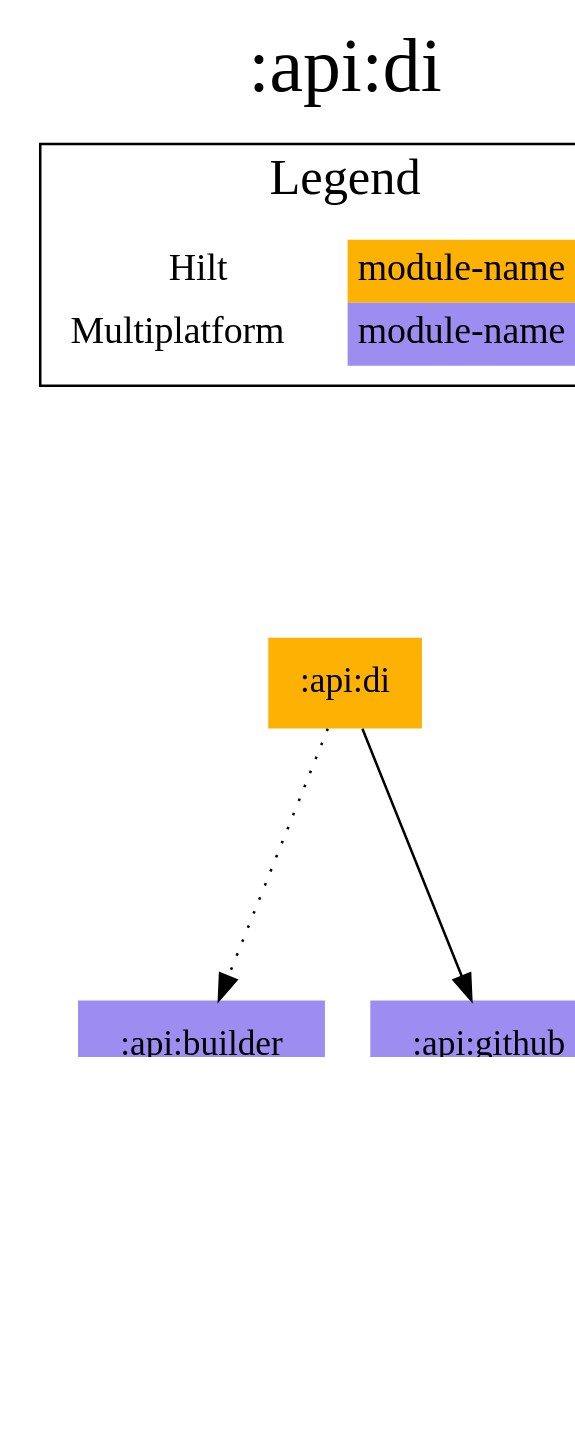
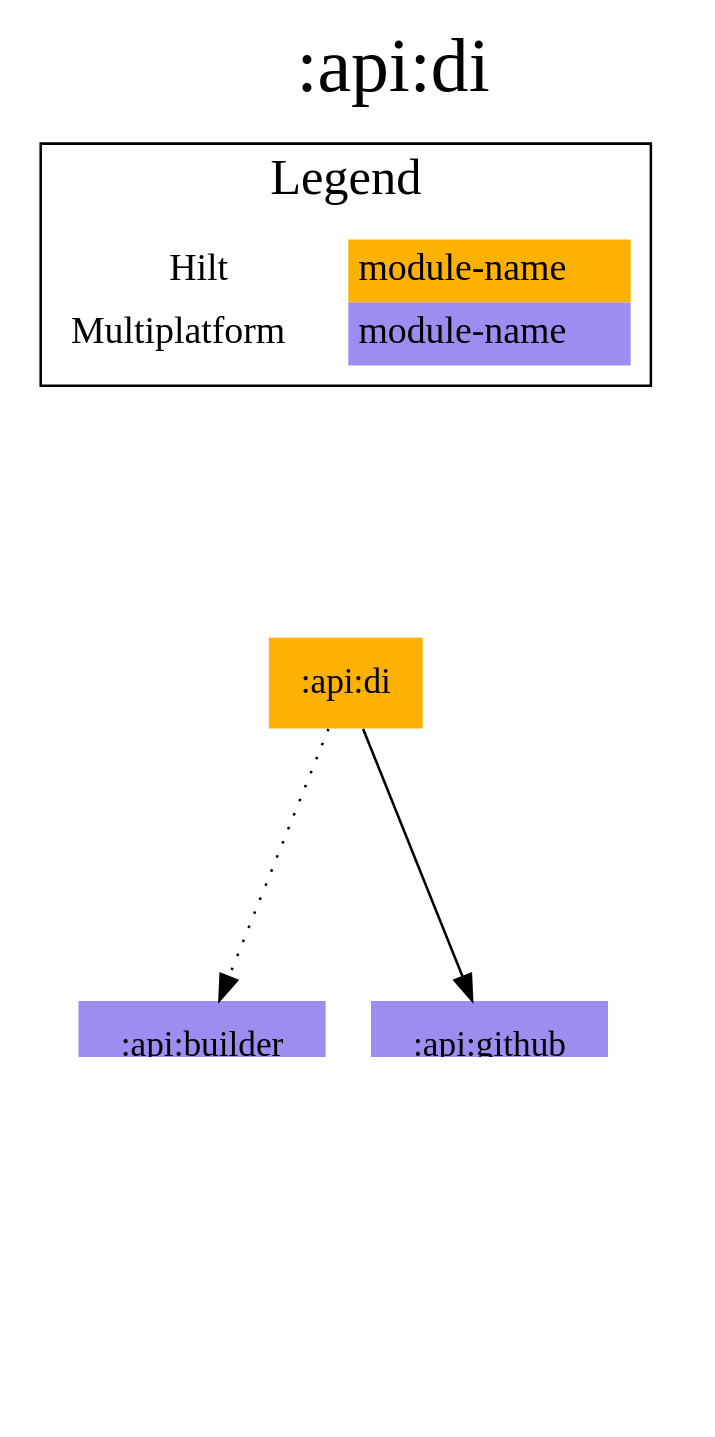
Before and after one commit to jonapoul/aktual: the diagram in modules/api/di/project-dependency-graph.dot, drawn with Graphviz. The commit also changed 56 other files, not shown here.

```diff
--- a/modules/api/di/project-dependency-graph.dot
+++ b/modules/api/di/project-dependency-graph.dot
@@ -1,27 +1,30 @@
 digraph {
 edge ["dir"="forward"]
 graph ["dpi"="100","label"=":api:di","labelloc"="t","fontsize"="30","ranksep"="1.5","rankdir"="TB"]
 node ["style"="filled"]
 ":api:builder" ["fillcolor"="#9D8DF1","shape"="none"]
 ":api:di" ["shape"="none","fillcolor"="#FCB103"]
 ":api:github" ["fillcolor"="#9D8DF1","shape"="none"]
+":codegen:annotation" ["fillcolor"="#9D8DF1","shape"="none"]
 ":url:model" ["fillcolor"="#9D8DF1","shape"="none"]
 {
 edge ["dir"="none"]
 graph ["rank"="same"]
 ":api:di"
 }
 ":api:builder" -> ":url:model"
 ":api:di" -> ":api:builder" ["style"="dotted"]
 ":api:di" -> ":api:github"
+":api:github" -> ":codegen:annotation" ["style"="dotted"]
+":api:github" -> ":url:model"
 subgraph "cluster_legend" {
 edge ["dir"="none"]
 graph ["label"="Legend","fontsize"="20"]
 "Legend" ["style"="filled","fillcolor"="#FFFFFF","shape"="none","margin"="0","fontsize"="15","label"=<
 <TABLE BORDER="0" CELLBORDER="0" CELLSPACING="0" CELLPADDING="4">
 <TR><TD>Hilt</TD><TD BGCOLOR="#FCB103">module-name</TD></TR>
 <TR><TD>Multiplatform</TD><TD BGCOLOR="#9D8DF1">module-name</TD></TR>
 </TABLE>
 >]
 } -> ":api:di" ["style"="invis"]
 }
```
